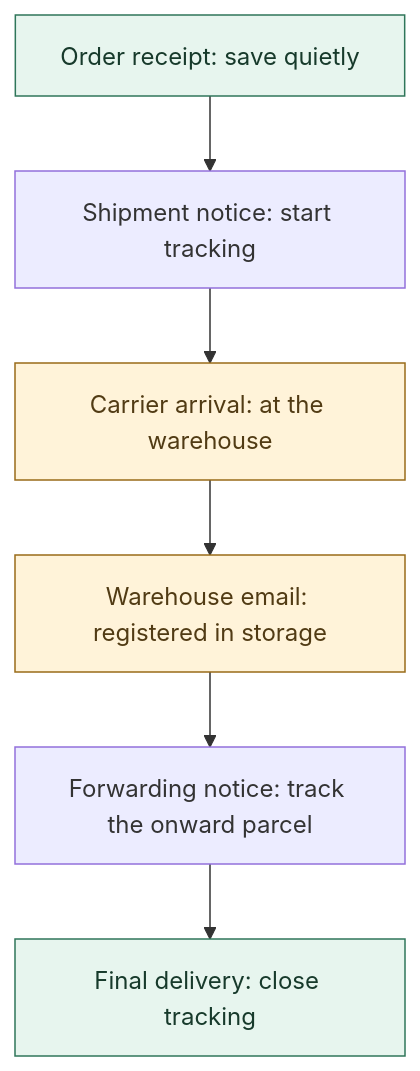
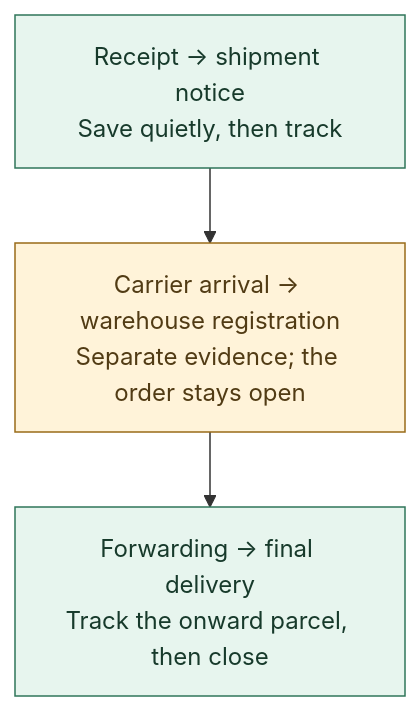
Before and after one commit to nyanyui/assistant-showcase: the diagram in README.md, drawn with Mermaid.

Commit message:
Compact the package diagram into three readable phases

````diff
--- a/README.md
+++ b/README.md
@@ -19,12 +19,10 @@
 ```mermaid
 flowchart TD
-    A[Order receipt: save quietly] --> B[Shipment notice: start tracking]
-    B --> C[Carrier arrival: at the warehouse]
-    C --> D[Warehouse email: registered in storage]
-    D --> E[Forwarding notice: track the onward parcel]
-    E --> F[Final delivery: close tracking]
+    A["Receipt → shipment notice<br/>Save quietly, then track"]
+    B["Carrier arrival → warehouse registration<br/>Separate evidence; the order stays open"]
+    C["Forwarding → final delivery<br/>Track the onward parcel, then close"]
+    A --> B --> C
     style A fill:#e7f5ee,stroke:#2f765a,color:#173a2b
-    style C fill:#fff3d9,stroke:#996b19,color:#513b14
-    style D fill:#fff3d9,stroke:#996b19,color:#513b14
-    style F fill:#e7f5ee,stroke:#2f765a,color:#173a2b
+    style B fill:#fff3d9,stroke:#996b19,color:#513b14
+    style C fill:#e7f5ee,stroke:#2f765a,color:#173a2b
 ```
````
